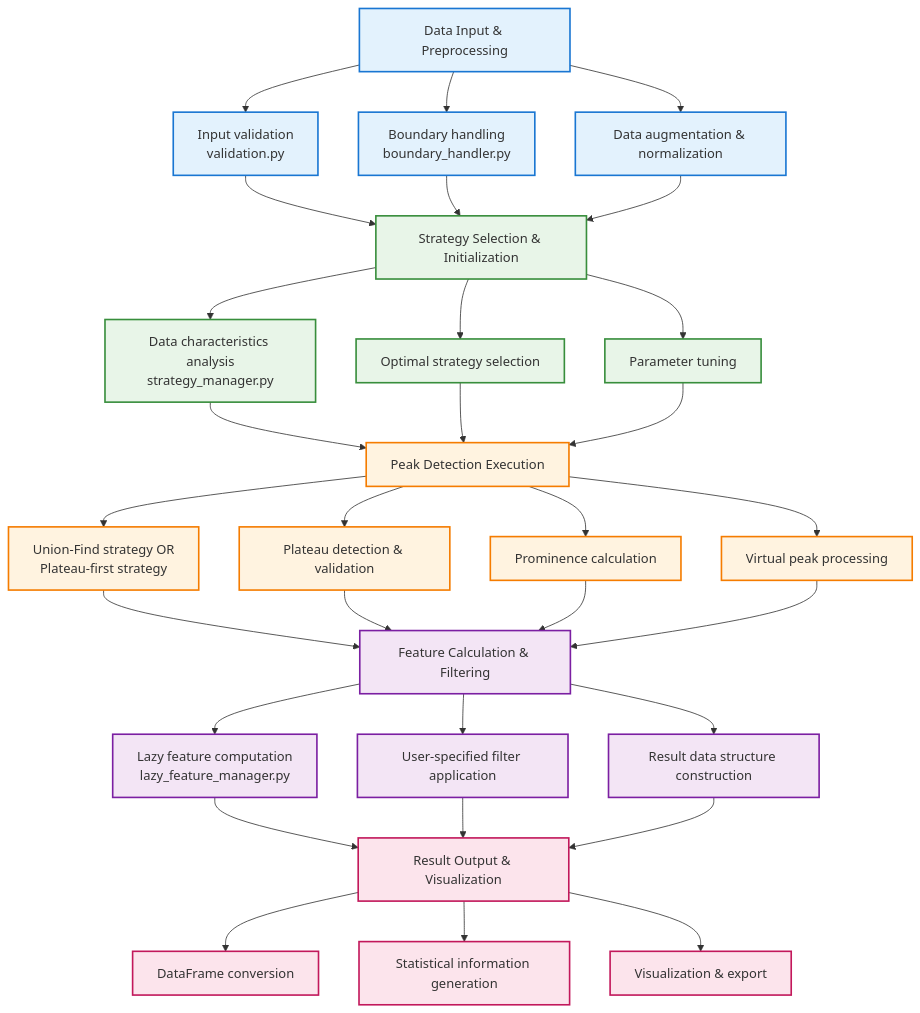
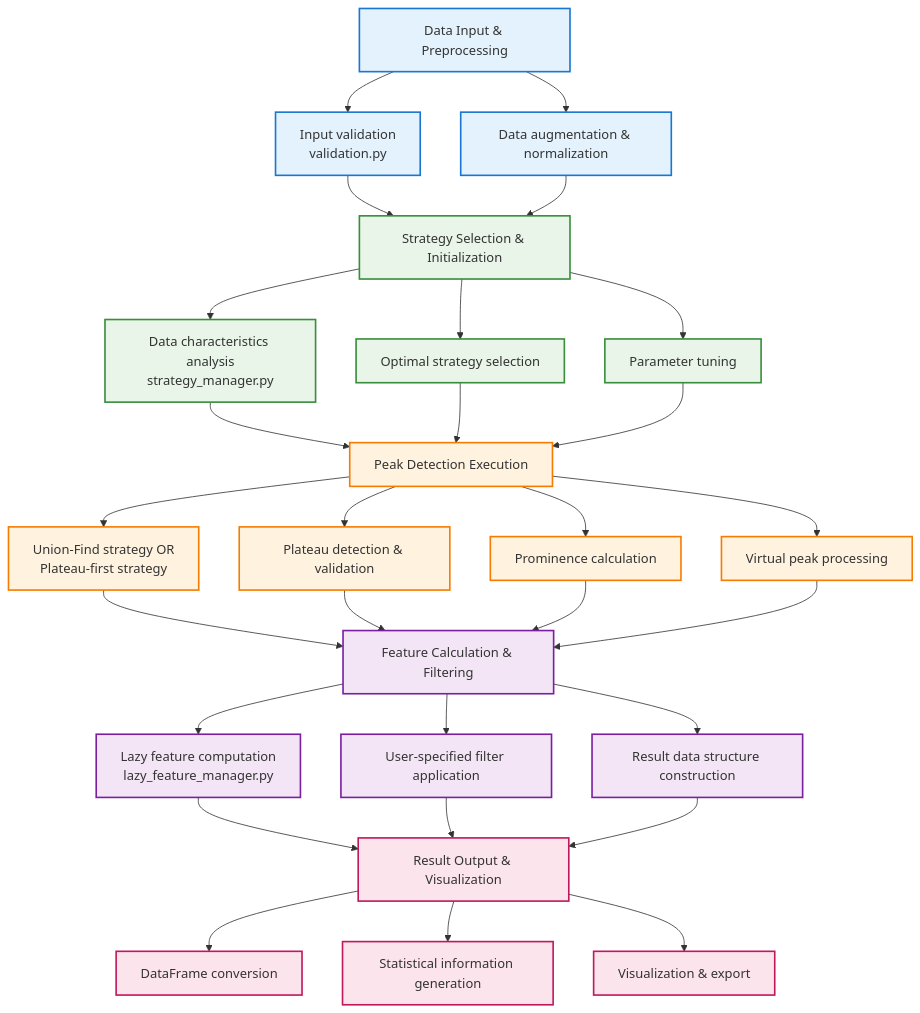
The second of 2 diagrams in docs/architecture/architecture.md (kshingent/peak-analyzer), drawn with Mermaid before and after one commit. The commit also changed other lines of this file and 15 other files, not shown here.

````diff
--- a/docs/architecture/architecture.md
+++ b/docs/architecture/architecture.md
@@ -171,52 +157,50 @@
 ```mermaid
 flowchart TD
     A[Data Input & Preprocessing] --> A1[Input validation<br/>validation.py]
-    A --> A2[Boundary handling<br/>boundary_handler.py]
     A --> A3[Data augmentation & normalization]
     
     A1 --> B[Strategy Selection & Initialization]
-    A2 --> B
     A3 --> B
     
     B --> B1[Data characteristics analysis<br/>strategy_manager.py]
     B --> B2[Optimal strategy selection]
     B --> B3[Parameter tuning]
     
     B1 --> C[Peak Detection Execution]
     B2 --> C
     B3 --> C
     
     C --> C1[Union-Find strategy OR<br/>Plateau-first strategy]
     C --> C2[Plateau detection & validation]
     C --> C3[Prominence calculation]
     C --> C4[Virtual peak processing]
     
     C1 --> D[Feature Calculation & Filtering]
     C2 --> D
     C3 --> D
     C4 --> D
     
     D --> D1[Lazy feature computation<br/>lazy_feature_manager.py]
     D --> D2[User-specified filter application]
     D --> D3[Result data structure construction]
     
     D1 --> E[Result Output & Visualization]
     D2 --> E
     D3 --> E
     
     E --> E1[DataFrame conversion]
     E --> E2[Statistical information generation]
     E --> E3[Visualization & export]
     
     classDef inputPhase fill:#e3f2fd,stroke:#1976d2,stroke-width:2px
     classDef strategyPhase fill:#e8f5e8,stroke:#388e3c,stroke-width:2px
     classDef detectionPhase fill:#fff3e0,stroke:#f57c00,stroke-width:2px
     classDef featurePhase fill:#f3e5f5,stroke:#7b1fa2,stroke-width:2px
     classDef outputPhase fill:#fce4ec,stroke:#c2185b,stroke-width:2px
     
     class A,A1,A2,A3 inputPhase
     class B,B1,B2,B3 strategyPhase
     class C,C1,C2,C3,C4 detectionPhase
     class D,D1,D2,D3 featurePhase
     class E,E1,E2,E3 outputPhase
 ```
````
